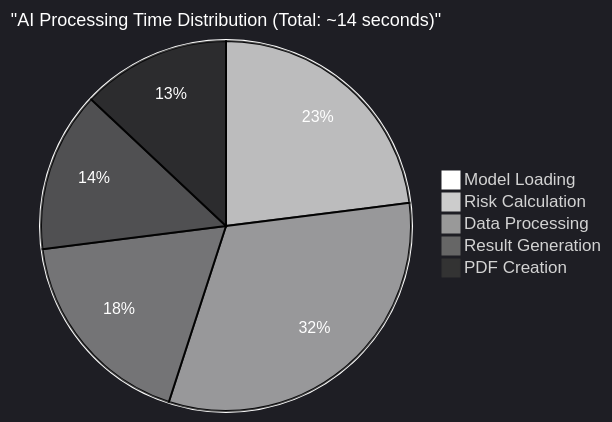
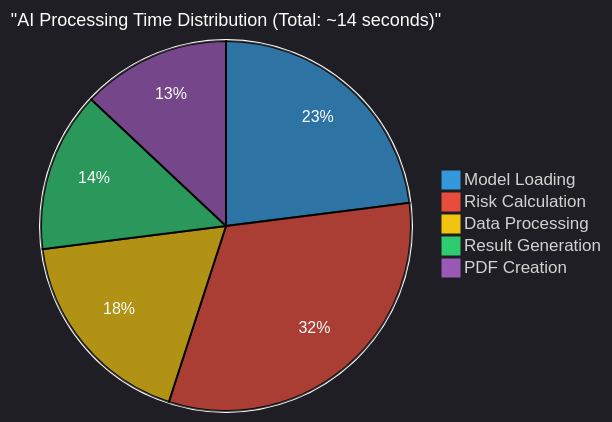
One commit to Ping-2o/daryn changed the seventh of 11 diagrams in README.md. Above: the diagram before and after it, drawn with Mermaid. The commit also changed other lines of this file, not shown here.

Commit message:
Update mermaid chart themes in README

````diff
--- a/README.md
+++ b/README.md
@@ -310,9 +326,24 @@
 ```mermaid
-%%{init: {'theme':'dark', 'themeVariables': {'pie1':'#ffffff', 'pie2':'#cccccc', 'pie3':'#999999', 'pie4':'#666666', 'pie5':'#333333', 'pieTitleTextSize':'18px', 'pieTitleTextColor':'#ffffff', 'pieSectionTextSize':'16px', 'pieSectionTextColor':'#ffffff', 'pieOuterStrokeWidth':'2px', 'pieOuterStrokeColor':'#ffffff'}}}%%
+%%{init: {
+  'theme':'dark', 
+  'themeVariables': {
+    'pie1':'#3498db', 
+    'pie2':'#e74c3c', 
+    'pie3':'#f1c40f', 
+    'pie4':'#2ecc71', 
+    'pie5':'#9b59b6',
+    'pieTitleTextSize':'18px', 
+    'pieTitleTextColor':'#ffffff', 
+    'pieSectionTextSize':'16px', 
+    'pieSectionTextColor':'#ffffff', 
+    'pieOuterStrokeWidth':'2px', 
+    'pieOuterStrokeColor':'#ffffff'
+  }
+}}%%
 pie title "AI Processing Time Distribution (Total: ~14 seconds)"
     "Model Loading" : 23
     "Risk Calculation" : 32
     "Data Processing" : 18
     "Result Generation" : 14
     "PDF Creation" : 13
 ```
````
